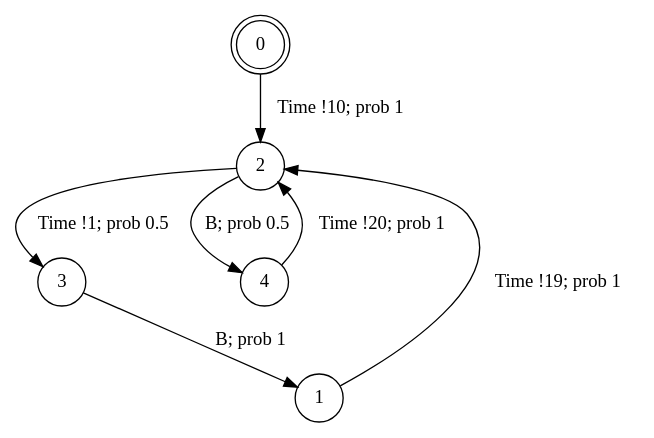
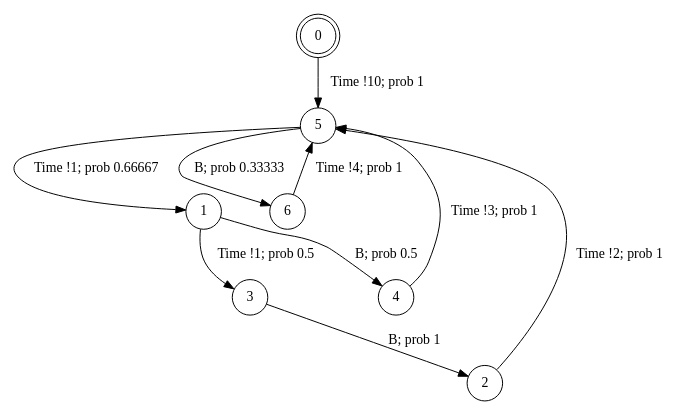
One commit to irmanfaqrizal/ptsv changed the diagram in experiments/example/simple-B-min-pts.dot. Above: the diagram before and after it, drawn with Graphviz. The commit also changed 126 other files, not shown here.

```diff
--- a/experiments/example/simple-B-min-pts.dot
+++ b/experiments/example/simple-B-min-pts.dot
@@ -1,12 +1,15 @@
 digraph BCG {
 size = "7, 10.5";
 center = TRUE;
 node [shape = circle];
 0 [peripheries = 2];
-0 -> 2 [label = "Time !10; prob 1"];
-1 -> 2 [label = "Time !19; prob 1"];
-2 -> 3 [label = "Time !1; prob 0.5"];
-2 -> 4 [label = "B; prob 0.5"];
-3 -> 1 [label = "B; prob 1"];
-4 -> 2 [label = "Time !20; prob 1"];
+0 -> 5 [label = "Time !10; prob 1"];
+1 -> 4 [label = "B; prob 0.5"];
+1 -> 3 [label = "Time !1; prob 0.5"];
+2 -> 5 [label = "Time !2; prob 1"];
+3 -> 2 [label = "B; prob 1"];
+4 -> 5 [label = "Time !3; prob 1"];
+5 -> 1 [label = "Time !1; prob 0.66667"];
+5 -> 6 [label = "B; prob 0.33333"];
+6 -> 5 [label = "Time !4; prob 1"];
 }
```
